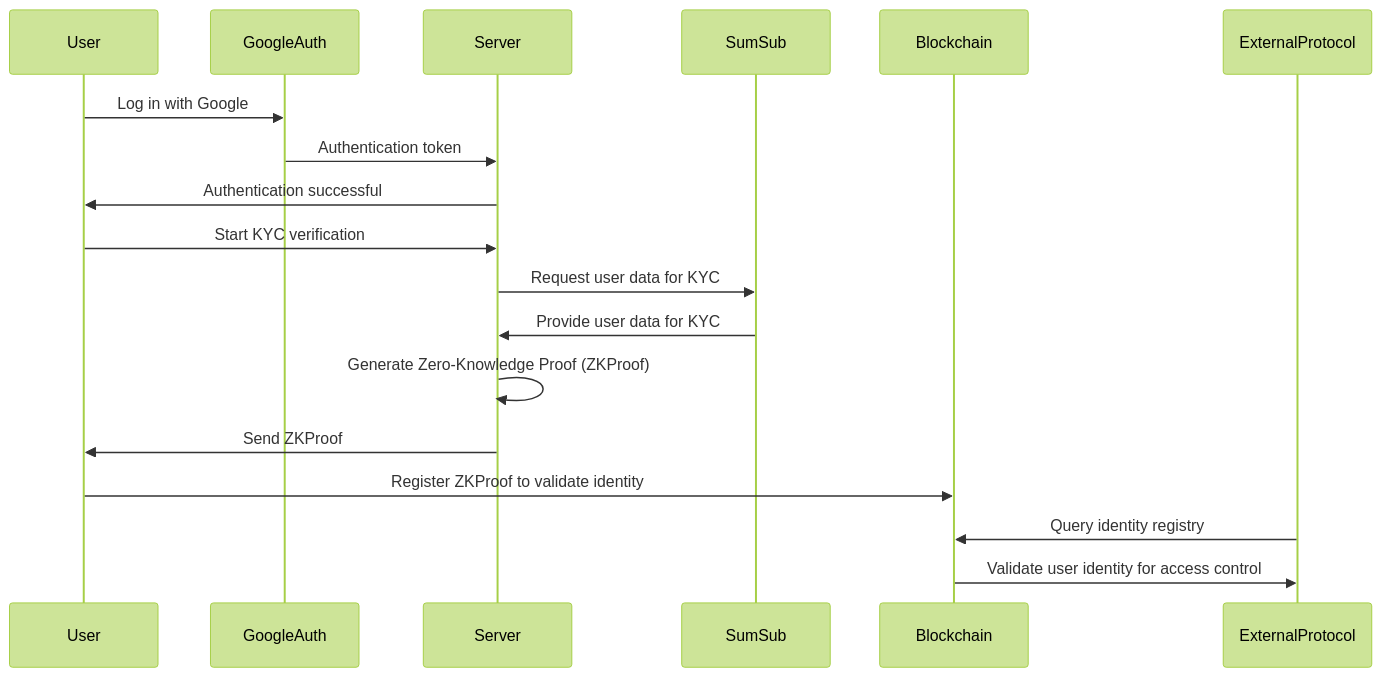
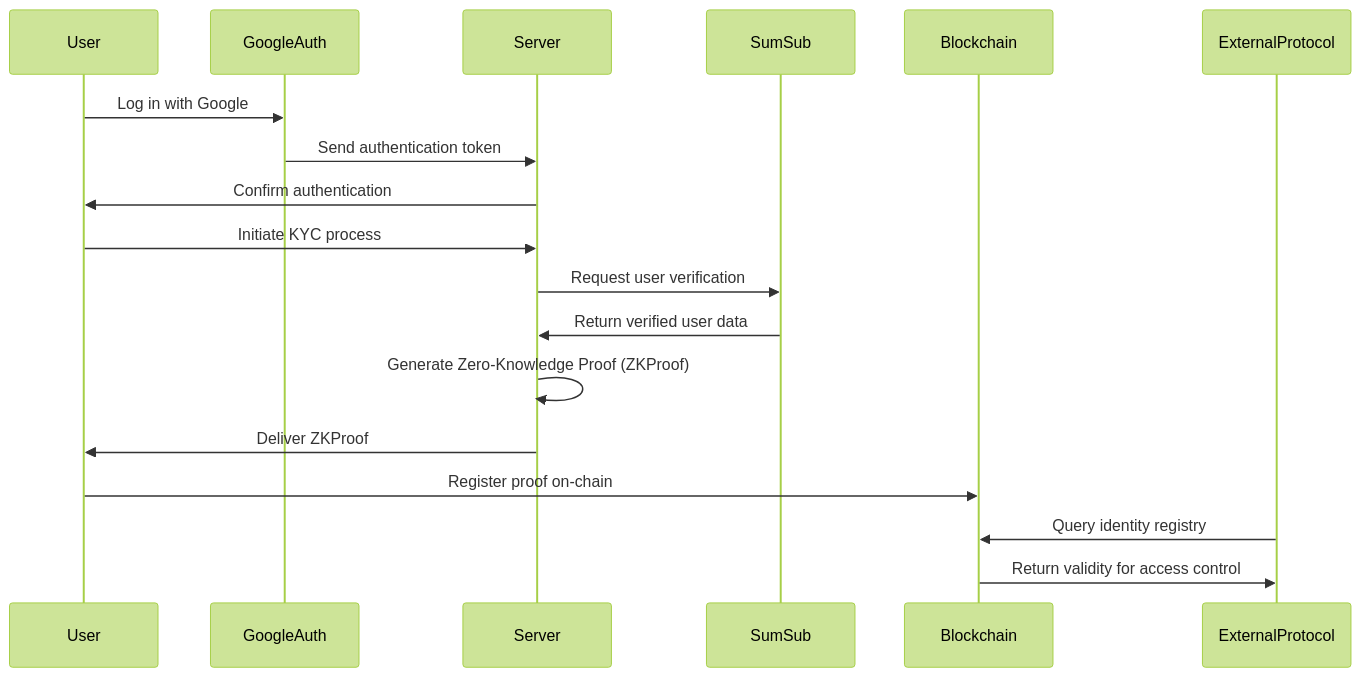
Before and after one commit to Sixela33/MetaCitizenNoirHackaton: the first of 2 diagrams in README.MD, drawn with Mermaid (forest theme). The commit also changed other lines of this file, not shown here.

````diff
--- a/README.MD
+++ b/README.MD
@@ -12,25 +12,25 @@
 ```mermaid
 sequenceDiagram
     participant User
     participant GoogleAuth
     participant Server
     participant SumSub
     participant Blockchain
     participant ExternalProtocol
     
     User->>GoogleAuth: Log in with Google
-    GoogleAuth->>Server: Authentication token
-    Server->>User: Authentication successful
+    GoogleAuth->>Server: Send authentication token
+    Server->>User: Confirm authentication
     
-    User->>Server: Start KYC verification
-    Server->>SumSub: Request user data for KYC
-    SumSub->>Server: Provide user data for KYC
+    User->>Server: Initiate KYC process
+    Server->>SumSub: Request user verification
+    SumSub->>Server: Return verified user data
     
     Server->>Server: Generate Zero-Knowledge Proof (ZKProof)
-    Server->>User: Send ZKProof
+    Server->>User: Deliver ZKProof
     
-    User->>Blockchain: Register ZKProof to validate identity
+    User->>Blockchain: Register proof on-chain
     
     ExternalProtocol->>Blockchain: Query identity registry
-    Blockchain->>ExternalProtocol: Validate user identity for access control
+    Blockchain->>ExternalProtocol: Return validity for access control
 ```
````
